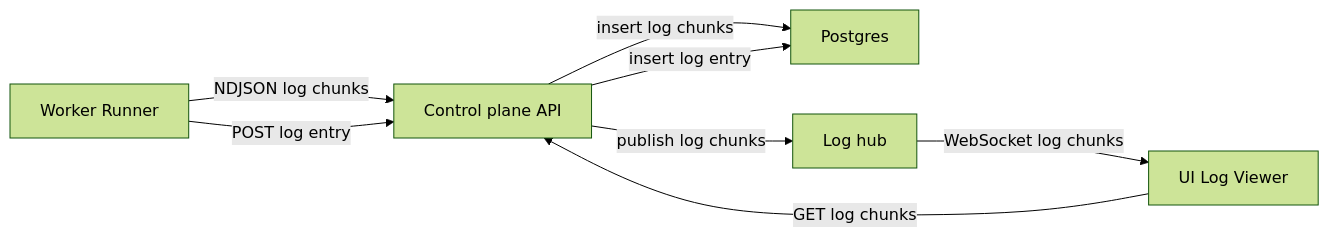
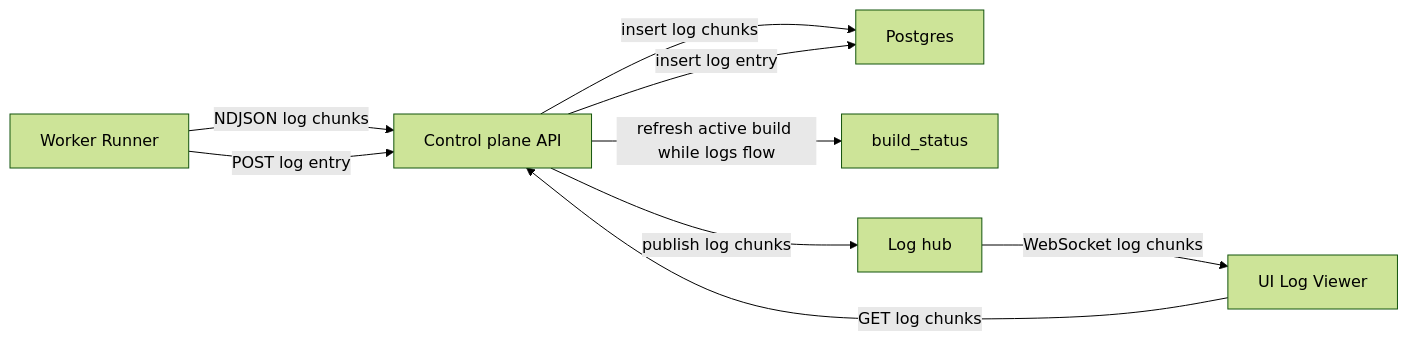
One commit to k8ika0s/s390x-wheel-refinery changed the diagram in docs/diagrams/log-streaming.mmd. Above: the diagram before and after it, drawn with Mermaid (forest theme). The commit also changed 10 other files, not shown here.

```diff
--- a/docs/diagrams/log-streaming.mmd
+++ b/docs/diagrams/log-streaming.mmd
@@ -1,8 +1,9 @@
 flowchart LR
   worker[Worker Runner] -- "NDJSON log chunks" --> cp[Control plane API]
   cp -- "insert log chunks" --> db[Postgres]
+  cp -- "refresh active build while logs flow" --> status[build_status]
   cp -- "publish log chunks" --> hub[Log hub]
   hub -- "WebSocket log chunks" --> ui[UI Log Viewer]
   ui -- "GET log chunks" --> cp
   worker -- "POST log entry" --> cp
   cp -- "insert log entry" --> db
```
